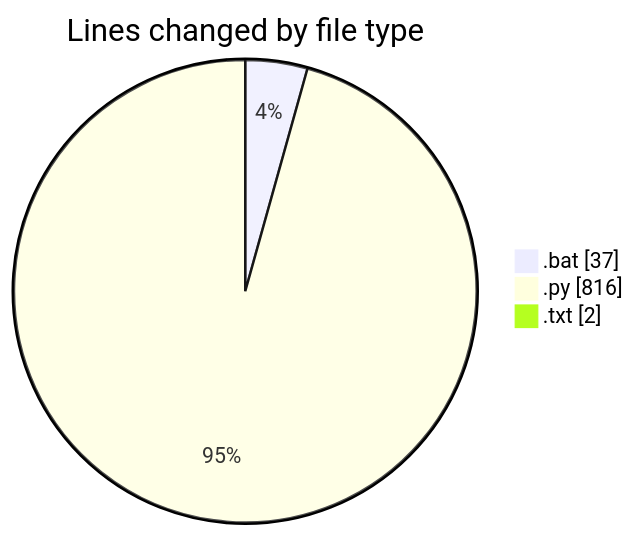
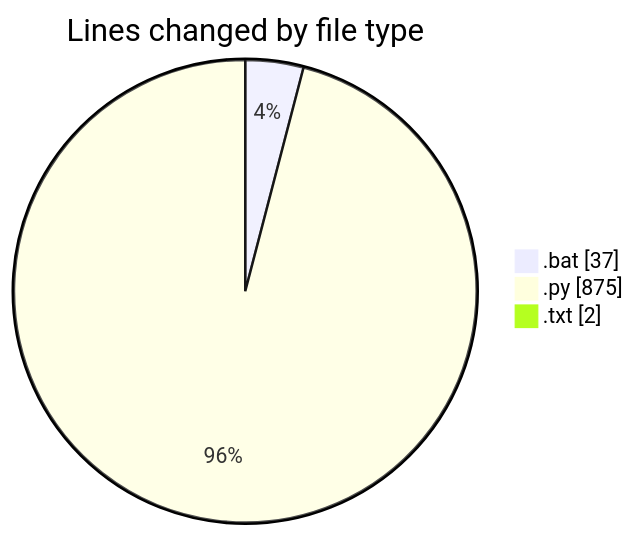
One commit to FelipKnott/code-tracking changed the first of 2 diagrams in 2025-07-04/cursor/README.md. Above: the diagram before and after it, drawn with Mermaid. The commit also changed other lines of this file and 1 other file, not shown here.

````diff
--- a/2025-07-04/cursor/README.md
+++ b/2025-07-04/cursor/README.md
@@ -34,7 +35,7 @@
 ```mermaid
 pie showData
 title Lines changed by file type
 ".bat" : 37
-".py" : 816
+".py" : 875
 ".txt" : 2
 ```
````
